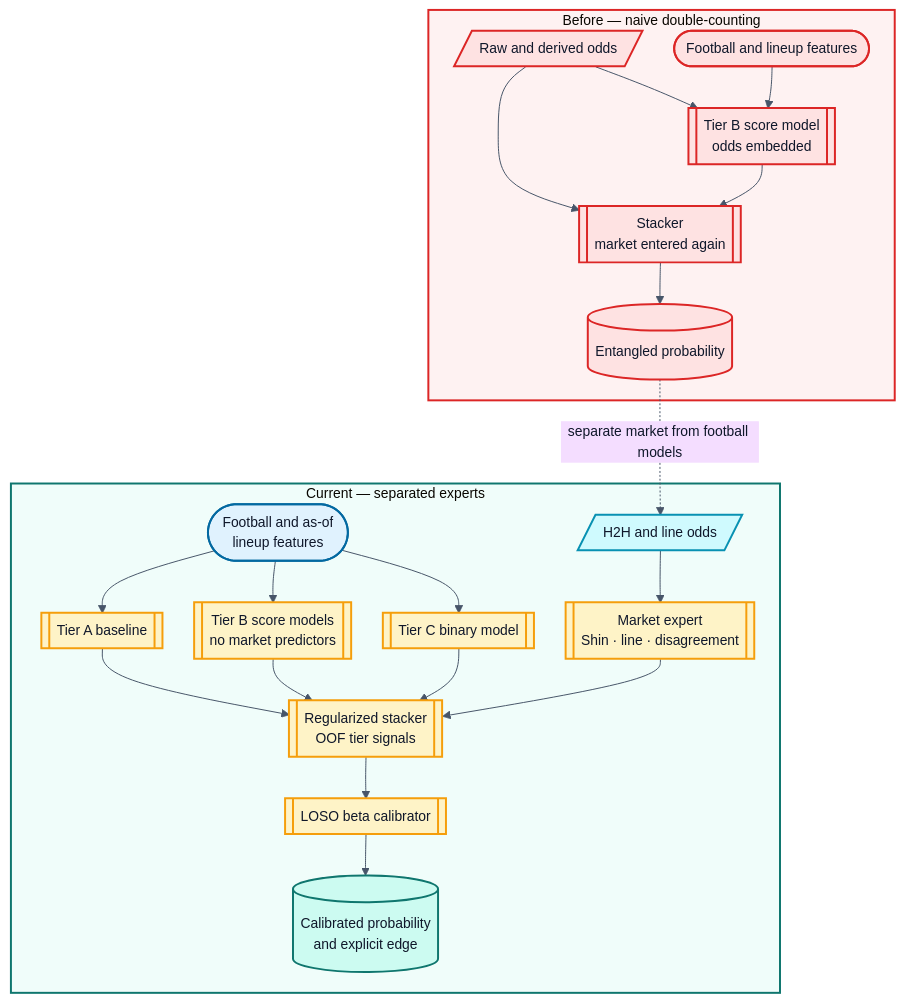
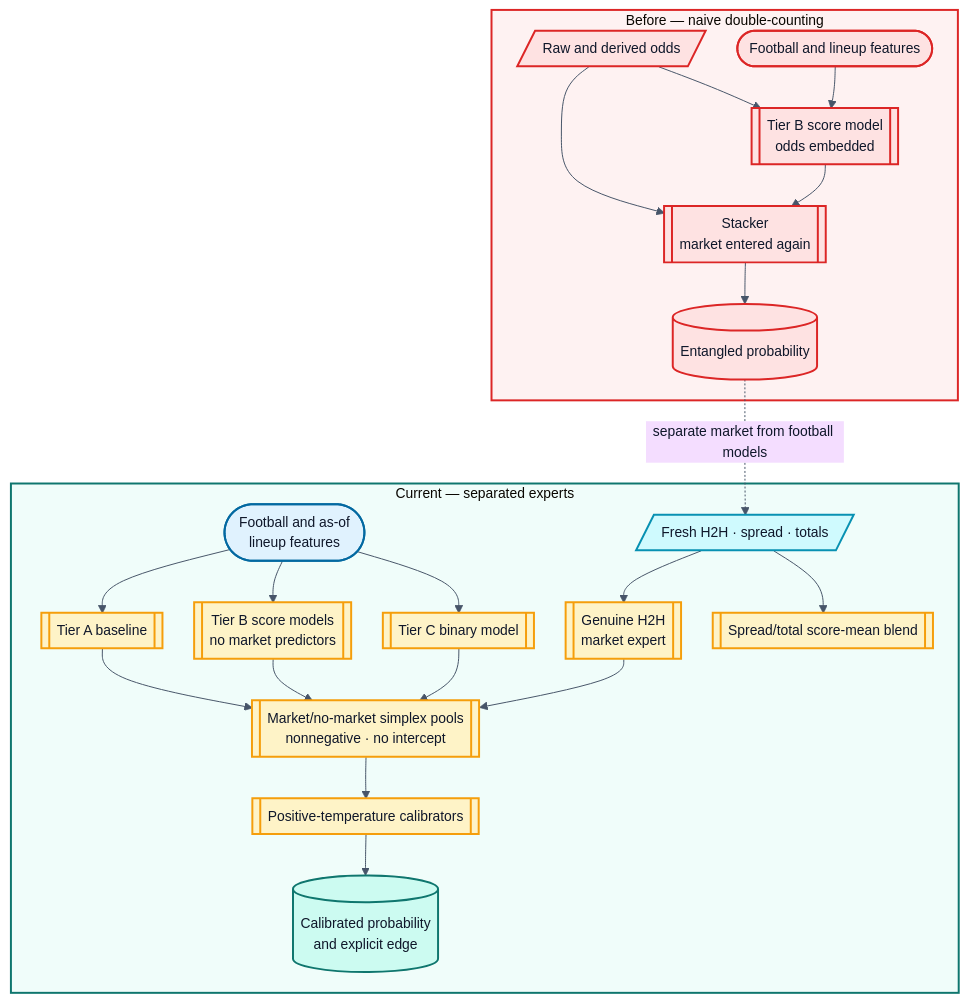
The diagram in docs/diagrams/odds-before-after.mmd (levonrush/footy-tipper), drawn with Mermaid before and after one commit. The commit also changed 61 other files, not shown here.

```diff
--- a/docs/diagrams/odds-before-after.mmd
+++ b/docs/diagrams/odds-before-after.mmd
@@ -1,53 +1,55 @@
 %%{init: {"theme":"base","flowchart":{"curve":"basis","nodeSpacing":32,"rankSpacing":42},"themeVariables":{"fontFamily":"Inter, Arial, sans-serif","fontSize":"14px","primaryTextColor":"#0F172A","lineColor":"#475569","background":"transparent"}}}%%
 flowchart TB
   subgraph BEFORE[Before — naive double-counting]
     O1[/Raw and derived odds/]
     F1([Football and lineup features])
     B1[[Tier B score model<br/>odds embedded]]
     S1[[Stacker<br/>market entered again]]
     P1[(Entangled probability)]
     O1 --> B1
     F1 --> B1
     O1 --> S1
     B1 --> S1
     S1 --> P1
   end
 
   subgraph AFTER[Current — separated experts]
-    O2[/H2H and line odds/]
+    O2[/Fresh H2H · spread · totals/]
     F2([Football and as-of<br/>lineup features])
     A2[[Tier A baseline]]
     B2[[Tier B score models<br/>no market predictors]]
     C2[[Tier C binary model]]
-    M2[[Market expert<br/>Shin · line · disagreement]]
-    S2[[Regularized stacker<br/>OOF tier signals]]
-    CAL2[[LOSO beta calibrator]]
+    M2[[Genuine H2H<br/>market expert]]
+    S2[[Market/no-market simplex pools<br/>nonnegative · no intercept]]
+    CAL2[[Positive-temperature calibrators]]
+    SCORE2[[Spread/total score-mean blend]]
     P2[(Calibrated probability<br/>and explicit edge)]
     F2 --> A2
     F2 --> B2
     F2 --> C2
     O2 --> M2
     A2 --> S2
     B2 --> S2
     C2 --> S2
     M2 --> S2
     S2 --> CAL2
     CAL2 --> P2
+    O2 --> SCORE2
   end
 
   P1 -.->|separate market from football models| O2
 
   classDef source fill:#CFFAFE,stroke:#0891B2,color:#0F172A,stroke-width:2px;
   classDef process fill:#E0F2FE,stroke:#0369A1,color:#0F172A,stroke-width:2px;
   classDef data fill:#CCFBF1,stroke:#0F766E,color:#0F172A,stroke-width:2px;
   classDef model fill:#FEF3C7,stroke:#F59E0B,color:#0F172A,stroke-width:2px;
   classDef old fill:#FEE2E2,stroke:#DC2626,color:#0F172A,stroke-width:2px;
 
   class O2 source;
   class F2 process;
   class P2 data;
-  class A2,B2,C2,M2,S2,CAL2 model;
+  class A2,B2,C2,M2,S2,CAL2,SCORE2 model;
   class O1,F1,B1,S1,P1 old;
 
   style BEFORE fill:#FEF2F2,stroke:#DC2626,stroke-width:2px
   style AFTER fill:#F0FDFA,stroke:#0F766E,stroke-width:2px
```
